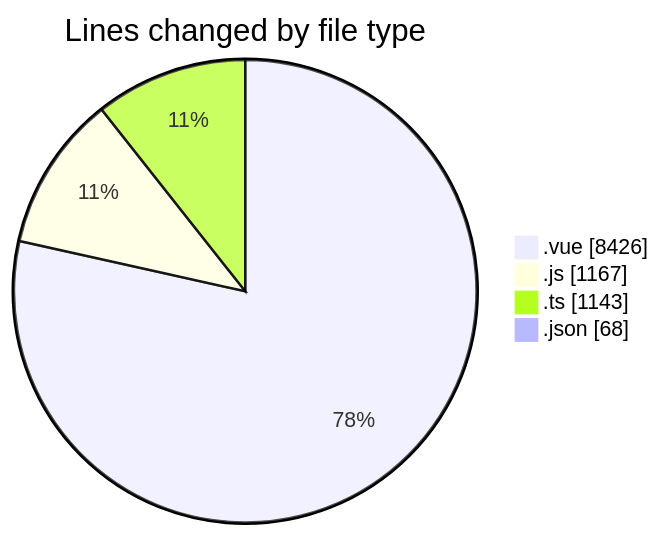
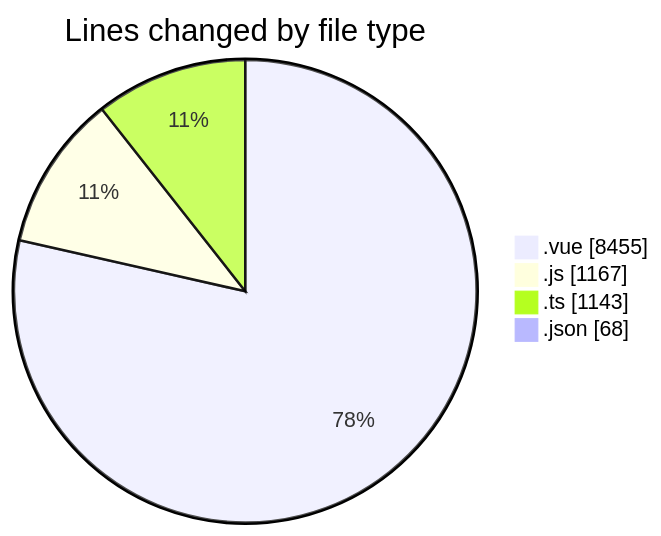
One commit to lephambinh05/code-tracking changed the first of 2 diagrams in 2025-08-12/rentotp/README.md. Above: the diagram before and after it, drawn with Mermaid. The commit also changed other lines of this file and 1 other file, not shown here.

````diff
--- a/2025-08-12/rentotp/README.md
+++ b/2025-08-12/rentotp/README.md
@@ -48,8 +48,8 @@
 ```mermaid
 pie showData
 title Lines changed by file type
-".vue" : 8426
+".vue" : 8455
 ".js" : 1167
 ".ts" : 1143
 ".json" : 68
 ```
````
